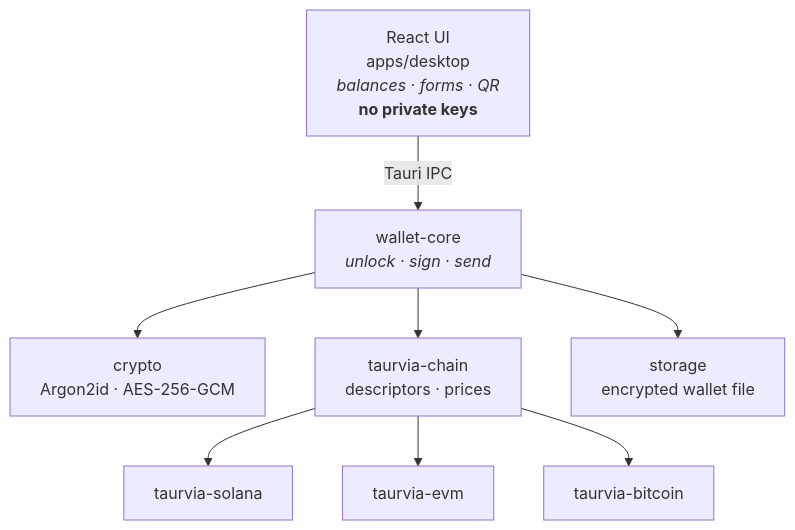
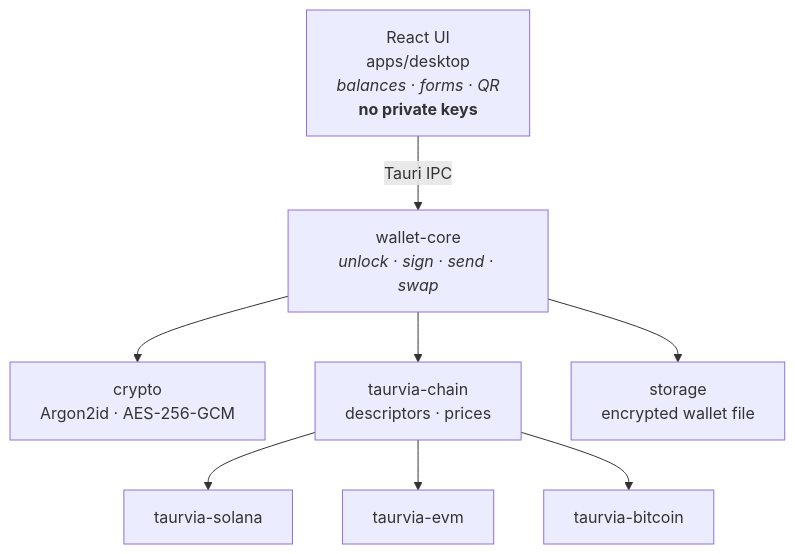
The first of 2 diagrams in README.md (antonpiat/aegis), drawn with Mermaid before and after one commit. The commit also changed other lines of this file and 2 other files, not shown here.

````diff
--- a/README.md
+++ b/README.md
@@ -48,19 +48,19 @@
 ```mermaid
 flowchart TB
   UI["React UI<br/>apps/desktop<br/><i>balances · forms · QR</i><br/><b>no private keys</b>"]
-  WC["wallet-core<br/><i>unlock · sign · send</i>"]
+  WC["wallet-core<br/><i>unlock · sign · send · swap</i>"]
   CRYPTO["crypto<br/>Argon2id · AES-256-GCM"]
   REG["taurvia-chain<br/>descriptors · prices"]
   SOL["taurvia-solana"]
   EVM["taurvia-evm"]
   BTC["taurvia-bitcoin"]
   STORE["storage<br/>encrypted wallet file"]
 
   UI -->|Tauri IPC| WC
   WC --> CRYPTO
   WC --> STORE
   WC --> REG
   REG --> SOL
   REG --> EVM
   REG --> BTC
 ```
````
